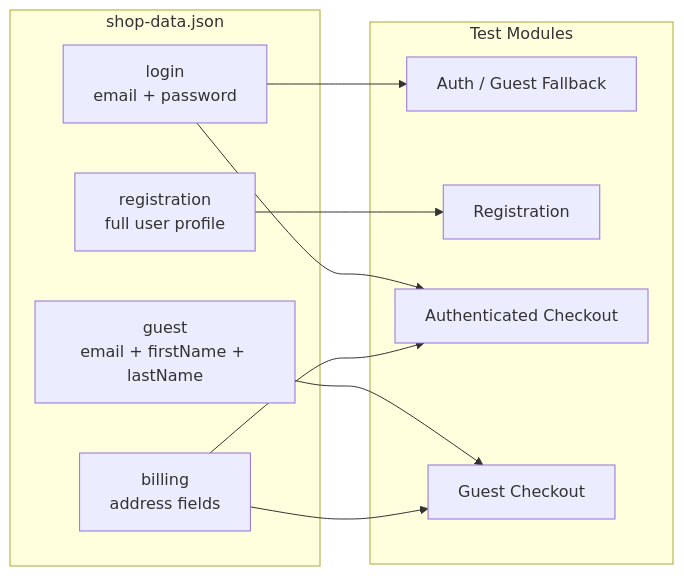
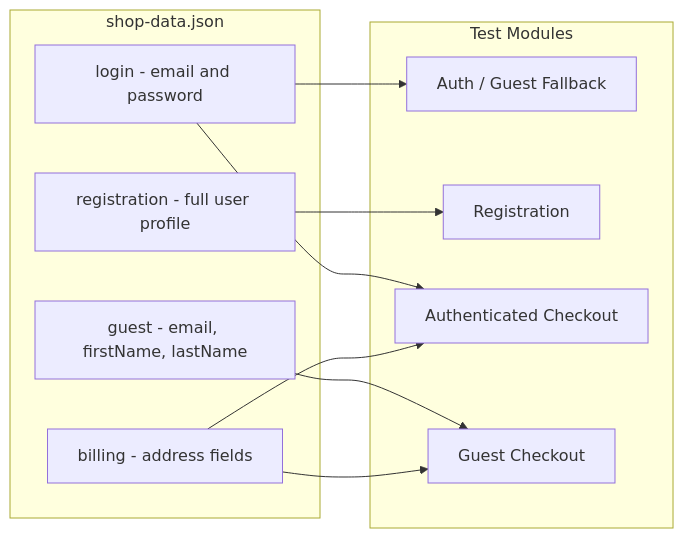
Diagram 14 of 15 in rchitecture.md (ron457/Cucumber-Test-Ophelia), drawn with Mermaid before and after one commit. The commit also changed other lines of this file, not shown here.

````diff
--- a/rchitecture.md
+++ b/rchitecture.md
@@ -352,23 +347,23 @@
 ```mermaid
 flowchart LR
     subgraph JSON ["shop-data.json"]
-        LOGIN[login\nemail + password]
-        GUEST[guest\nemail + firstName + lastName]
-        REG[registration\nfull user profile]
-        BILLING[billing\naddress fields]
+        LOGIN["login - email and password"]
+        GUEST["guest - email, firstName, lastName"]
+        REG["registration - full user profile"]
+        BILLING["billing - address fields"]
     end
 
     subgraph Modules ["Test Modules"]
-        M2[Auth / Guest Fallback]
-        M3[Registration]
-        M5[Authenticated Checkout]
-        M6[Guest Checkout]
+        M2["Auth / Guest Fallback"]
+        M3["Registration"]
+        M5["Authenticated Checkout"]
+        M6["Guest Checkout"]
     end
 
     LOGIN --> M2
     LOGIN --> M5
     GUEST --> M6
     REG --> M3
     BILLING --> M5
     BILLING --> M6
 ```
````
